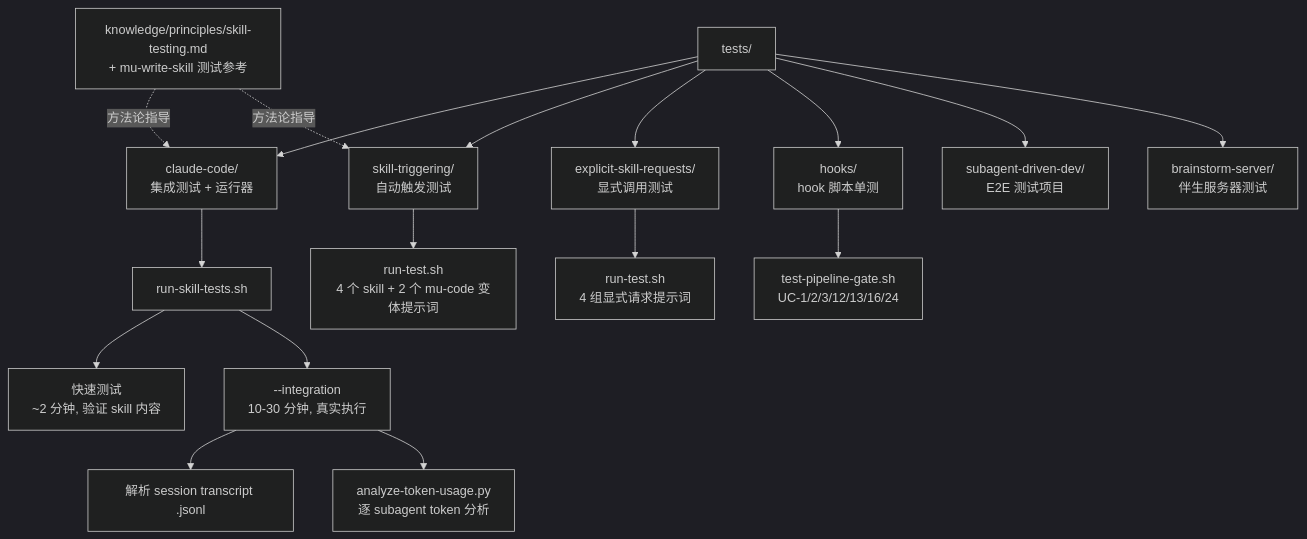
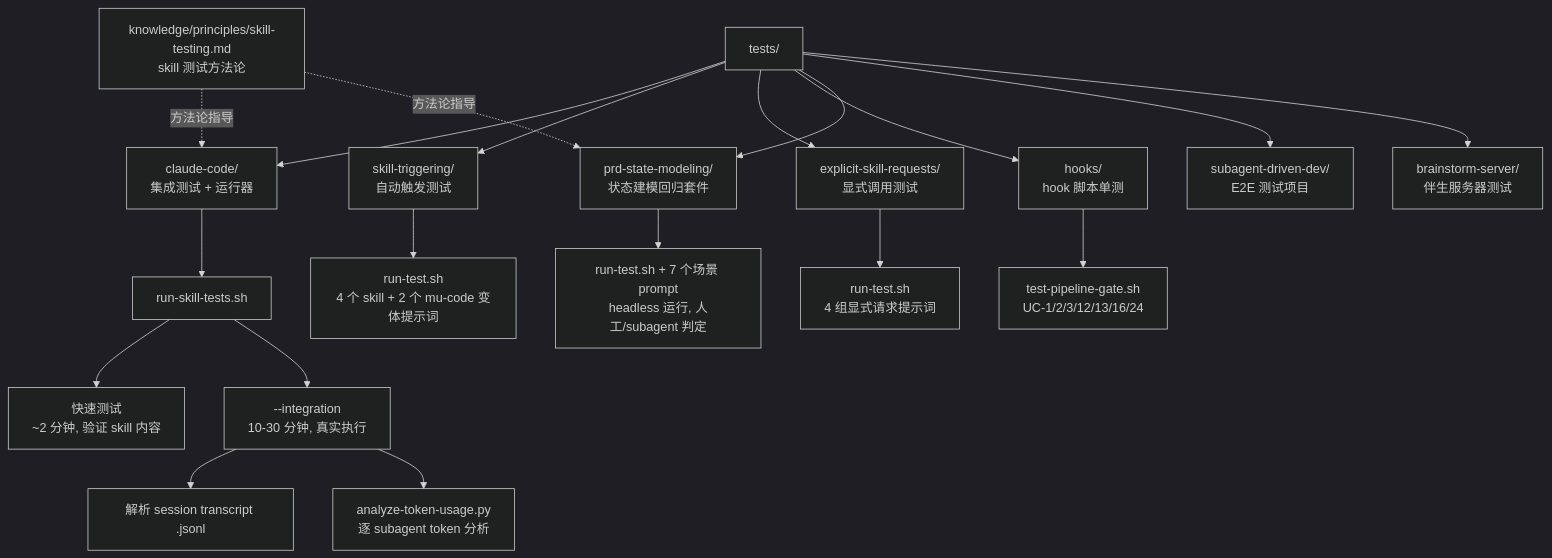
One commit to knotmark-ai/devmuse changed the first of 2 diagrams in docs/wiki/testing-infrastructure.md. Above: the diagram before and after it, drawn with Mermaid (dark theme). The commit also changed other lines of this file and 6 other files, not shown here.

````diff
--- a/docs/wiki/testing-infrastructure.md
+++ b/docs/wiki/testing-infrastructure.md
@@ -23,22 +24,24 @@
 ```mermaid
 graph TD
     ROOT["tests/"] --> CC["claude-code/<br/>集成测试 + 运行器"]
     ROOT --> ST["skill-triggering/<br/>自动触发测试"]
     ROOT --> ESR["explicit-skill-requests/<br/>显式调用测试"]
     ROOT --> HK["hooks/<br/>hook 脚本单测"]
+    ROOT --> PRD["prd-state-modeling/<br/>状态建模回归套件"]
     ROOT --> SDD["subagent-driven-dev/<br/>E2E 测试项目"]
     ROOT --> BS["brainstorm-server/<br/>伴生服务器测试"]
 
     CC --> RUNNER["run-skill-tests.sh"]
     RUNNER --> FAST["快速测试<br/>~2 分钟, 验证 skill 内容"]
     RUNNER --> INTEG["--integration<br/>10-30 分钟, 真实执行"]
     INTEG --> JSONL["解析 session transcript .jsonl"]
     INTEG --> TOKEN["analyze-token-usage.py<br/>逐 subagent token 分析"]
 
     ST --> RT1["run-test.sh<br/>4 个 skill + 2 个 mu-code 变体提示词"]
     ESR --> RT2["run-test.sh<br/>4 组显式请求提示词"]
     HK --> PG["test-pipeline-gate.sh<br/>UC-1/2/3/12/13/16/24"]
+    PRD --> RT3["run-test.sh + 7 个场景 prompt<br/>headless 运行, 人工/subagent 判定"]
 
-    METH["knowledge/principles/skill-testing.md<br/>+ mu-write-skill 测试参考"] -.->|方法论指导| CC
-    METH -.->|方法论指导| ST
+    METH["knowledge/principles/skill-testing.md<br/>skill 测试方法论"] -.->|方法论指导| CC
+    METH -.->|方法论指导| PRD
 ```
````
